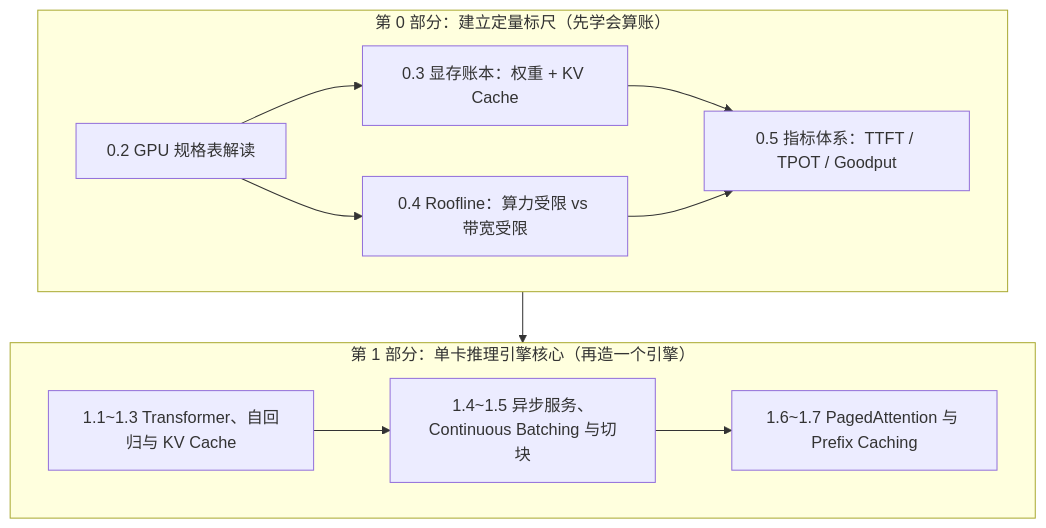
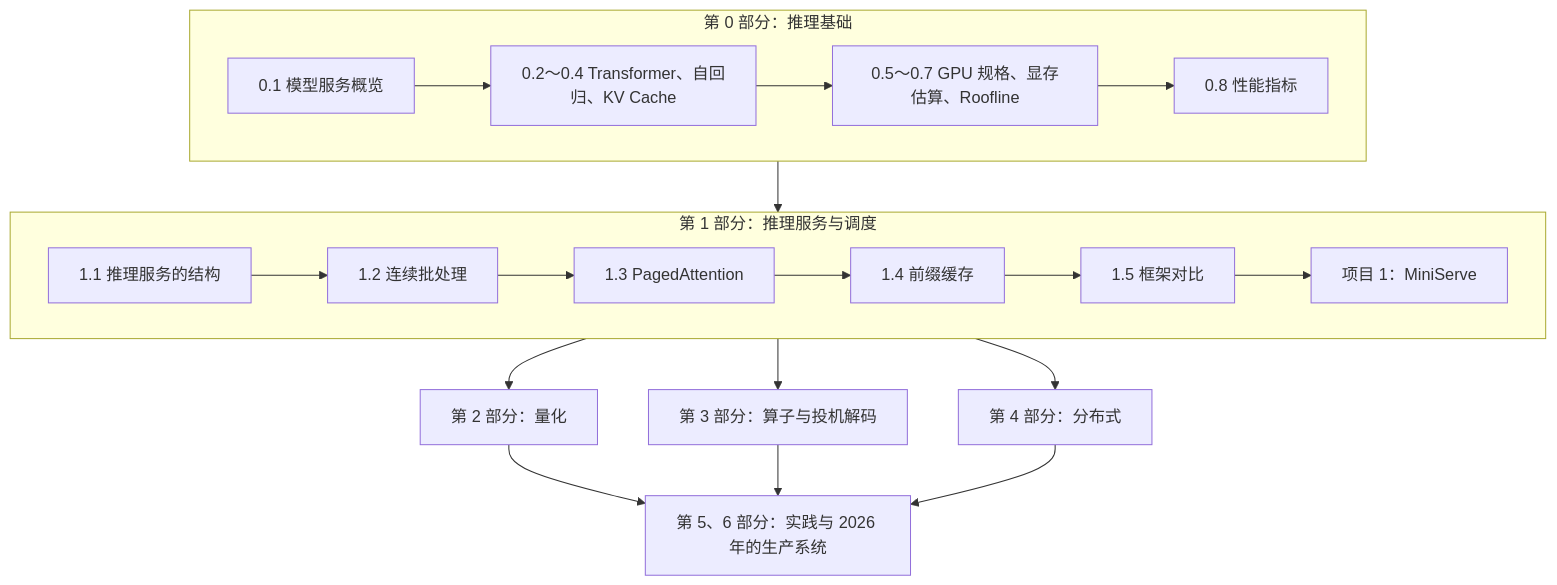
One commit to zrpxx/hands-on-llm-serving-opt changed the diagram in guide/roadmap.md. Above: the diagram before and after it, drawn with Mermaid. The commit also changed other lines of this file and 46 other files, not shown here.

````diff
--- a/guide/roadmap.md
+++ b/guide/roadmap.md
@@ -14,13 +14,18 @@
 ```mermaid
 flowchart TB
-  subgraph S0["第 0 部分：建立定量标尺（先学会算账）"]
-    A1["0.2 GPU 规格表解读"] --> A2["0.3 显存账本：权重 + KV Cache"]
-    A1 --> A3["0.4 Roofline：算力受限 vs 带宽受限"]
-    A2 & A3 --> A4["0.5 指标体系：TTFT / TPOT / Goodput"]
+  subgraph P0["第 0 部分：推理基础"]
+    A1["0.1 模型服务概览"] --> A2["0.2～0.4 Transformer、自回归、KV Cache"]
+    A2 --> A3["0.5～0.7 GPU 规格、显存估算、Roofline"]
+    A3 --> A4["0.8 性能指标"]
   end
-  subgraph S1["第 1 部分：单卡推理引擎核心（再造一个引擎）"]
-    B1["1.1~1.3 Transformer、自回归与 KV Cache"] --> B2["1.4~1.5 异步服务、Continuous Batching 与切块"]
-    B2 --> B3["1.6~1.7 PagedAttention 与 Prefix Caching"]
+  subgraph P1["第 1 部分：推理服务与调度"]
+    B1["1.1 推理服务的结构"] --> B2["1.2 连续批处理"]
+    B2 --> B3["1.3 PagedAttention"] --> B4["1.4 前缀缓存"] --> B5["1.5 框架对比"]
+    B5 --> PJ["项目 1：MiniServe"]
   end
-  S0 --> S1
+  P0 --> P1
+  P1 --> P2["第 2 部分：量化"]
+  P1 --> P3["第 3 部分：算子与投机解码"]
+  P1 --> P4["第 4 部分：分布式"]
+  P2 & P3 & P4 --> P5["第 5、6 部分：实践与 2026 年的生产系统"]
 ```
````
